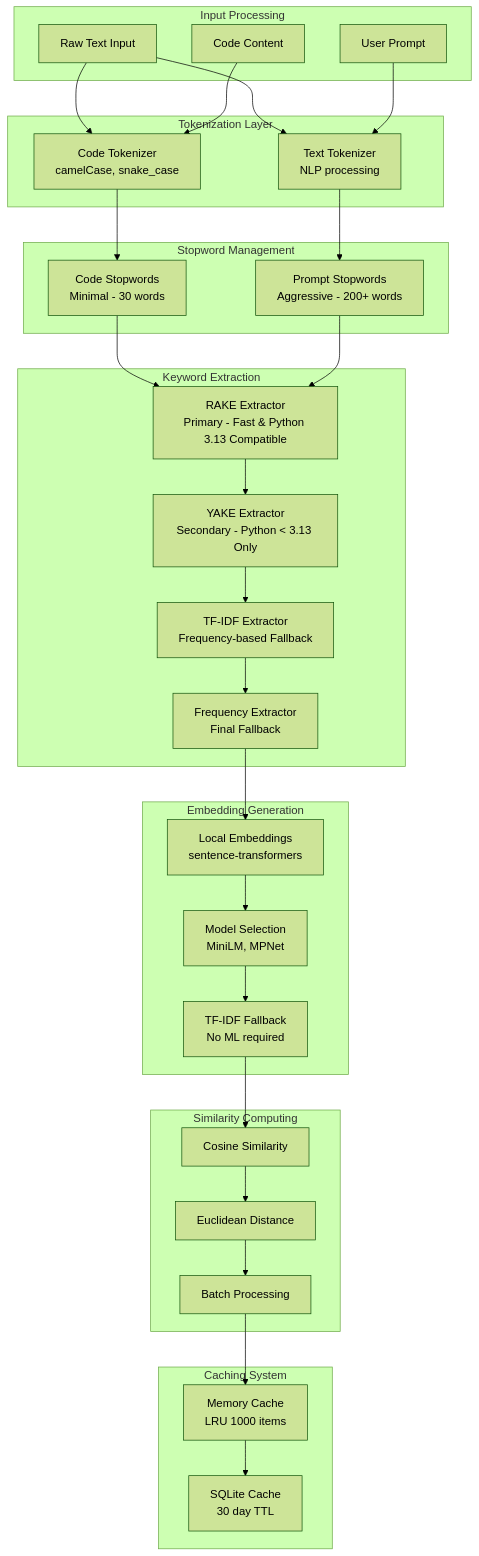
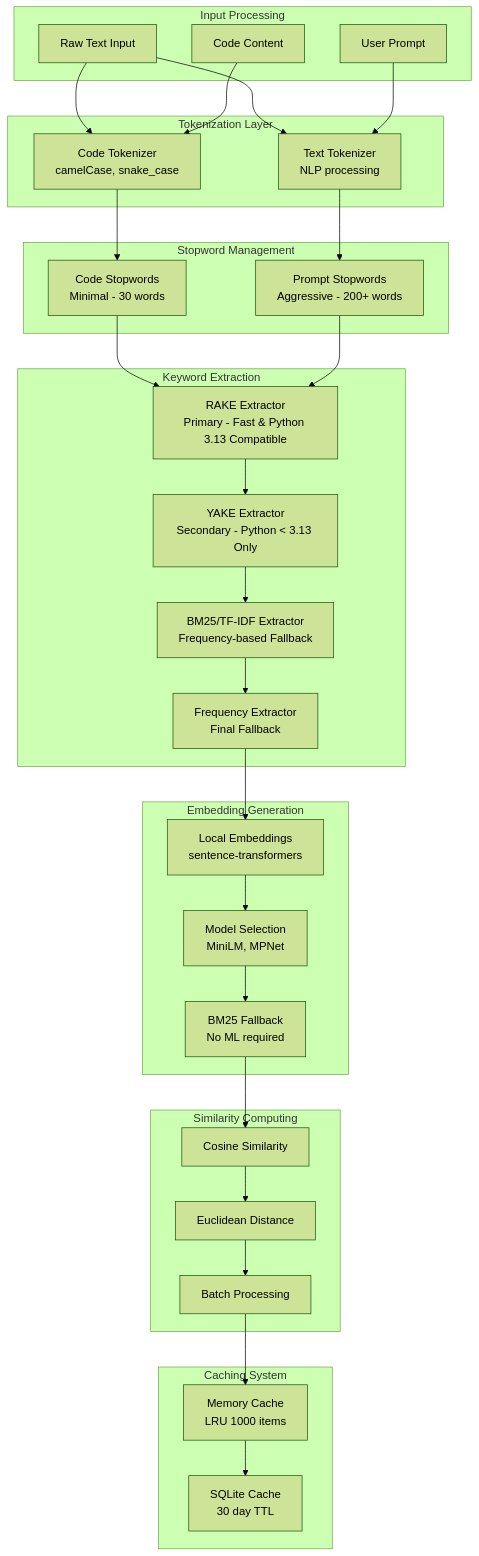
The third of 33 diagrams in docs/ARCHITECTURE.md (jddunn/tenets), drawn with Mermaid (forest theme) before and after one commit. The commit also changed other lines of this file and 5 other files, not shown here.

````diff
--- a/docs/ARCHITECTURE.md
+++ b/docs/ARCHITECTURE.md
@@ -308,67 +308,67 @@
 ```mermaid
 graph TD
     subgraph "Input Processing"
         INPUT[Raw Text Input]
         PROMPT[User Prompt]
         CODE[Code Content]
     end
 
     subgraph "Tokenization Layer"
         CODE_TOK[Code Tokenizer<br/>camelCase, snake_case]
         TEXT_TOK[Text Tokenizer<br/>NLP processing]
     end
 
     subgraph "Keyword Extraction"
         RAKE_EXT[RAKE Extractor<br/>Primary - Fast & Python 3.13 Compatible]
         YAKE_EXT[YAKE Extractor<br/>Secondary - Python < 3.13 Only]
-        TFIDF_EXT[TF-IDF Extractor<br/>Frequency-based Fallback]
+        TFIDF_EXT[BM25/TF-IDF Extractor<br/>Frequency-based Fallback]
         FREQ_EXT[Frequency Extractor<br/>Final Fallback]
     end
 
     subgraph "Stopword Management"
         CODE_STOP[Code Stopwords<br/>Minimal - 30 words]
         PROMPT_STOP[Prompt Stopwords<br/>Aggressive - 200+ words]
     end
 
     subgraph "Embedding Generation"
         LOCAL_EMB[Local Embeddings<br/>sentence-transformers]
         MODEL_SEL[Model Selection<br/>MiniLM, MPNet]
-        FALLBACK[TF-IDF Fallback<br/>No ML required]
+        FALLBACK[BM25 Fallback<br/>No ML required]
     end
 
     subgraph "Similarity Computing"
         COSINE[Cosine Similarity]
         EUCLIDEAN[Euclidean Distance]
         BATCH[Batch Processing]
     end
 
     subgraph "Caching System"
         MEM_CACHE[Memory Cache<br/>LRU 1000 items]
         DISK_CACHE[SQLite Cache<br/>30 day TTL]
     end
 
     INPUT --> CODE_TOK
     INPUT --> TEXT_TOK
     PROMPT --> TEXT_TOK
     CODE --> CODE_TOK
 
     CODE_TOK --> CODE_STOP
     TEXT_TOK --> PROMPT_STOP
 
     CODE_STOP --> RAKE_EXT
     PROMPT_STOP --> RAKE_EXT
     RAKE_EXT --> YAKE_EXT
     YAKE_EXT --> TFIDF_EXT
     TFIDF_EXT --> FREQ_EXT
 
     FREQ_EXT --> LOCAL_EMB
     LOCAL_EMB --> MODEL_SEL
     MODEL_SEL --> FALLBACK
 
     FALLBACK --> COSINE
     COSINE --> EUCLIDEAN
     EUCLIDEAN --> BATCH
 
     BATCH --> MEM_CACHE
     MEM_CACHE --> DISK_CACHE
 ```
````
